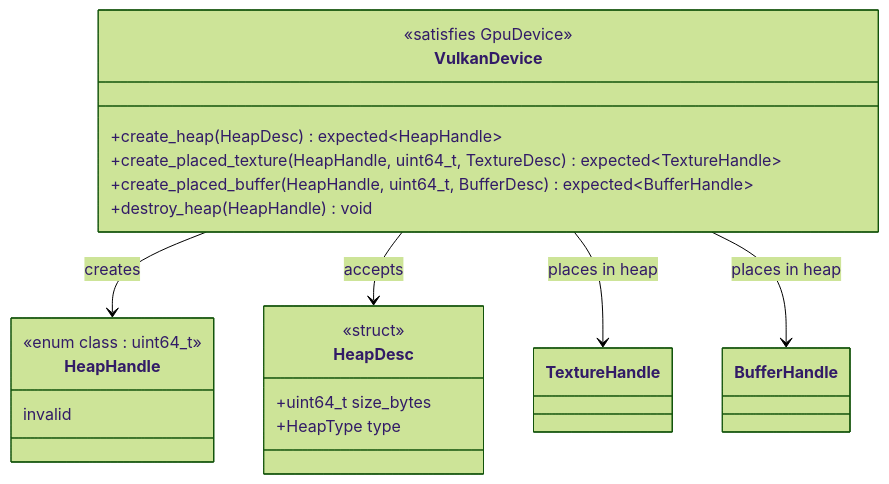
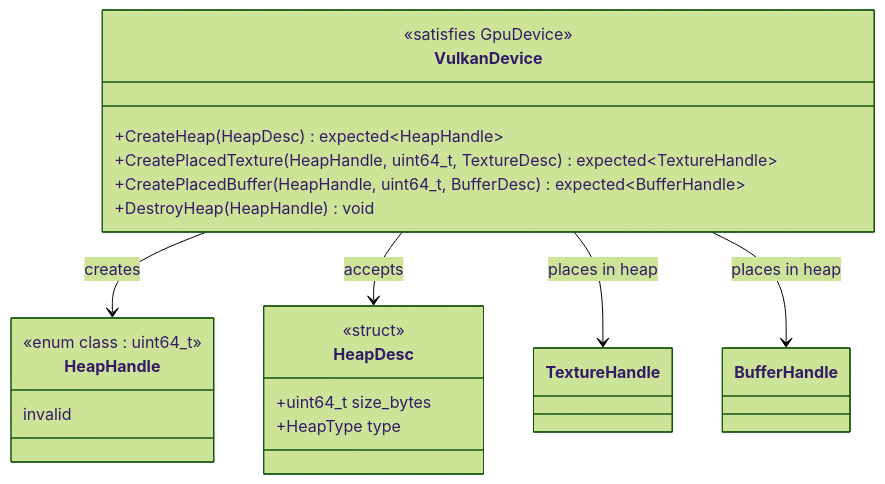
Before and after one commit to harmonius-dev/harmonius: the seventh of 34 diagrams in docs/design/gpu-backend-vulkan-classes.md, drawn with Mermaid (forest theme). The commit also changed other lines of this file and 67 other files, not shown here.

````diff
--- a/docs/design/gpu-backend-vulkan-classes.md
+++ b/docs/design/gpu-backend-vulkan-classes.md
@@ -372,24 +372,24 @@
 ```mermaid
 classDiagram
     class VulkanDevice {
         <<satisfies GpuDevice>>
-        +create_heap(HeapDesc) expected~HeapHandle~
-        +create_placed_texture(HeapHandle, uint64_t, TextureDesc) expected~TextureHandle~
-        +create_placed_buffer(HeapHandle, uint64_t, BufferDesc) expected~BufferHandle~
-        +destroy_heap(HeapHandle) void
+        +CreateHeap(HeapDesc) expected~HeapHandle~
+        +CreatePlacedTexture(HeapHandle, uint64_t, TextureDesc) expected~TextureHandle~
+        +CreatePlacedBuffer(HeapHandle, uint64_t, BufferDesc) expected~BufferHandle~
+        +DestroyHeap(HeapHandle) void
     }
     class HeapHandle {
         <<enum class : uint64_t>>
         invalid
     }
     class HeapDesc {
         <<struct>>
         +uint64_t size_bytes
         +HeapType type
     }
 
     VulkanDevice --> HeapHandle : creates
     VulkanDevice --> HeapDesc : accepts
     VulkanDevice --> TextureHandle : places in heap
     VulkanDevice --> BufferHandle : places in heap
 ```
````
